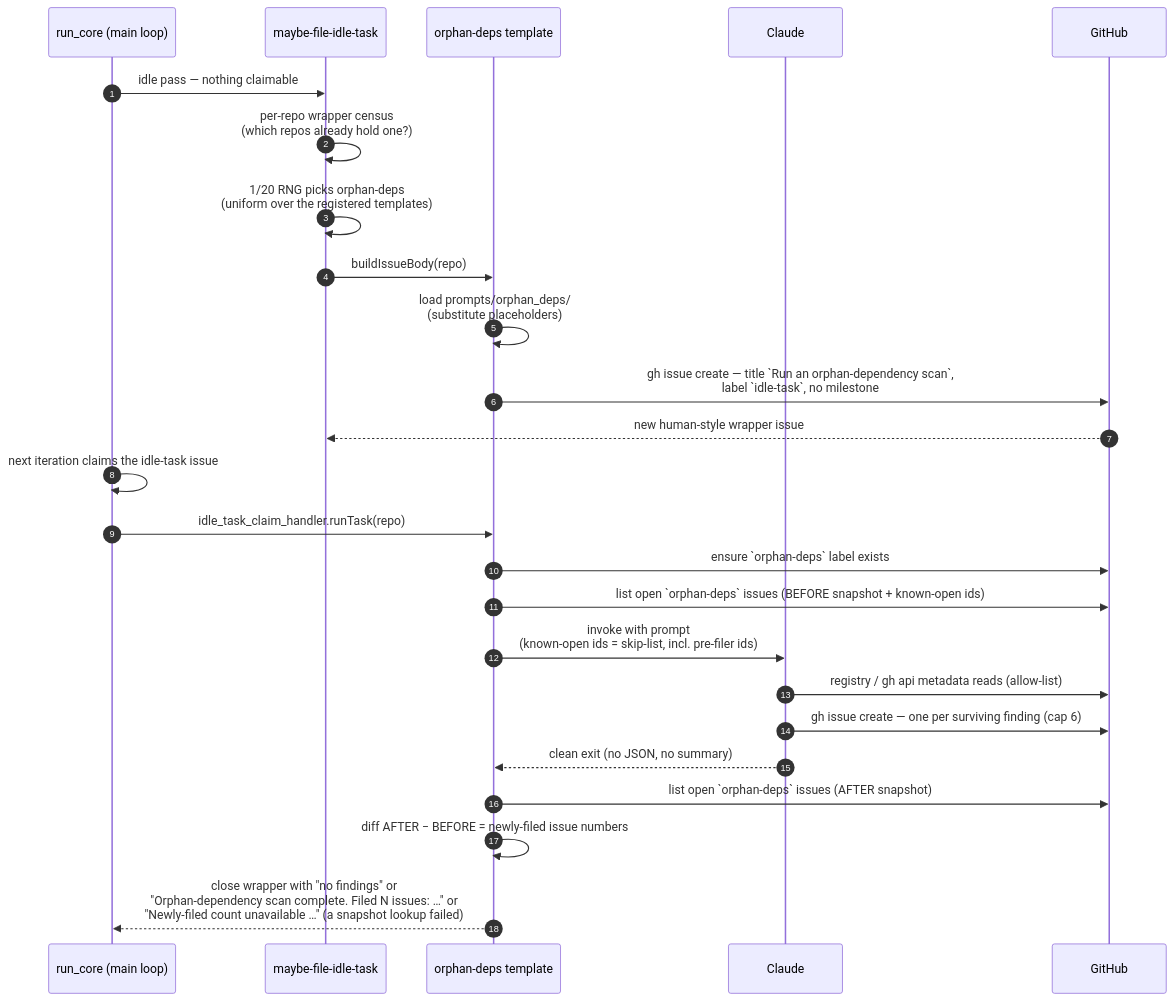
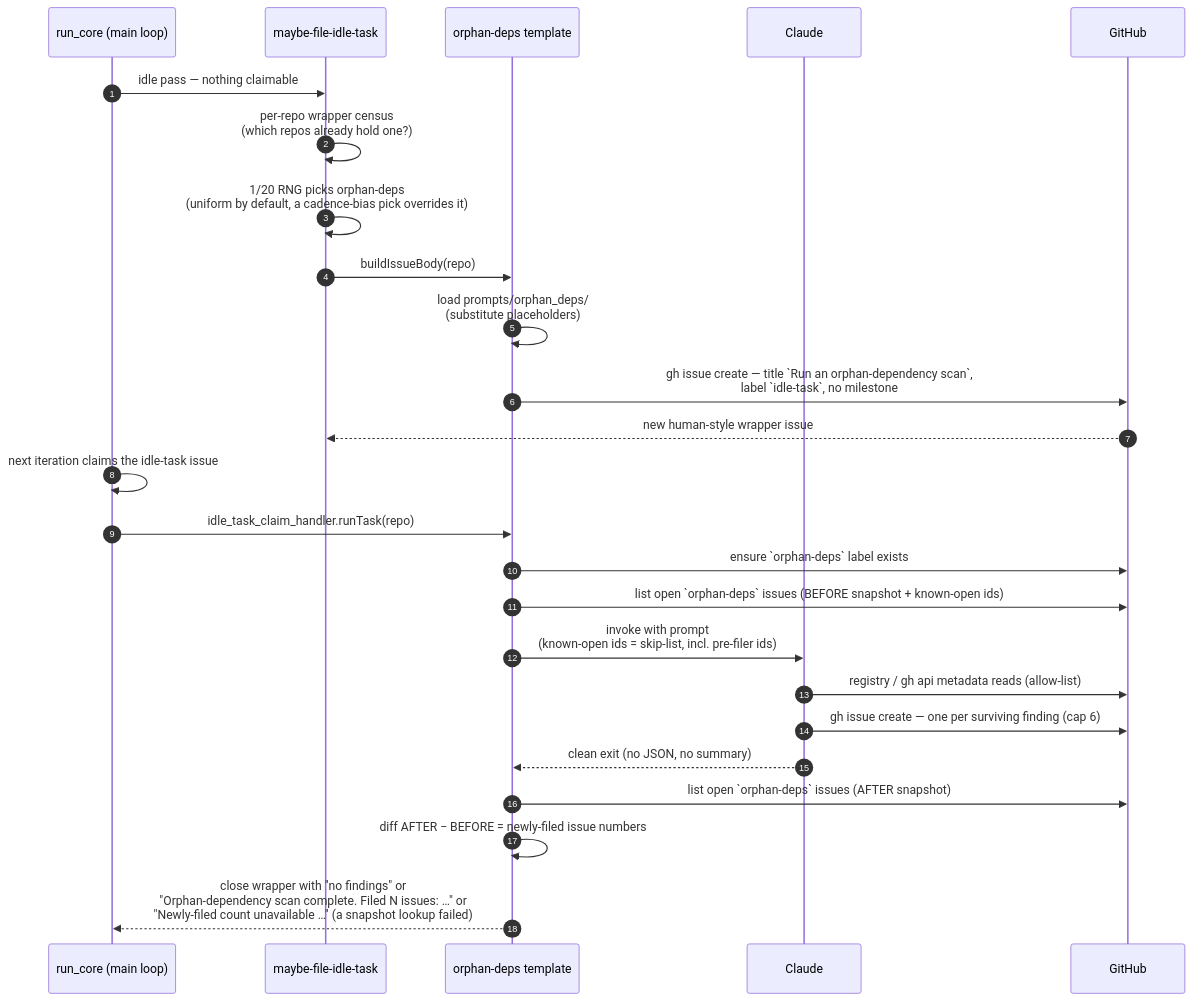
Before and after one commit to stSoftwareAU/VibeCoder: the second of 4 diagrams in docs/ORPHAN-DEPS-SCAN.md, drawn with Mermaid. The commit also changed other lines of this file and 13 other files, not shown here.

````diff
--- a/docs/ORPHAN-DEPS-SCAN.md
+++ b/docs/ORPHAN-DEPS-SCAN.md
@@ -198,28 +198,28 @@
 ```mermaid
 sequenceDiagram
     autonumber
     participant Main as run_core (main loop)
     participant Filer as maybe-file-idle-task
     participant Template as orphan-deps template
     participant Claude
     participant GH as GitHub
 
     Main->>Filer: idle pass — nothing claimable
     Filer->>Filer: per-repo wrapper census<br/>(which repos already hold one?)
-    Filer->>Filer: 1/20 RNG picks orphan-deps<br/>(uniform over the registered templates)
+    Filer->>Filer: 1/20 RNG picks orphan-deps<br/>(uniform by default, a cadence-bias pick overrides it)
     Filer->>Template: buildIssueBody(repo)
     Template->>Template: load prompts/orphan_deps/<br/>(substitute placeholders)
     Template->>GH: gh issue create — title `Run an orphan-dependency scan`,<br/>label `idle-task`, no milestone
     GH-->>Filer: new human-style wrapper issue
     Main->>Main: next iteration claims the idle-task issue
     Main->>Template: idle_task_claim_handler.runTask(repo)
     Template->>GH: ensure `orphan-deps` label exists
     Template->>GH: list open `orphan-deps` issues (BEFORE snapshot + known-open ids)
     Template->>Claude: invoke with prompt<br/>(known-open ids = skip-list, incl. pre-filer ids)
     Claude->>GH: registry / gh api metadata reads (allow-list)
     Claude->>GH: gh issue create — one per surviving finding (cap 6)
     Claude-->>Template: clean exit (no JSON, no summary)
     Template->>GH: list open `orphan-deps` issues (AFTER snapshot)
     Template->>Template: diff AFTER − BEFORE = newly-filed issue numbers
     Template-->>Main: close wrapper with "no findings" or<br/>"Orphan-dependency scan complete. Filed N issues: …" or<br/>"Newly-filed count unavailable …" (a snapshot lookup failed)
 ```
````
